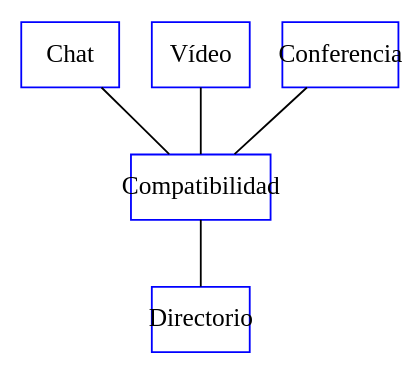
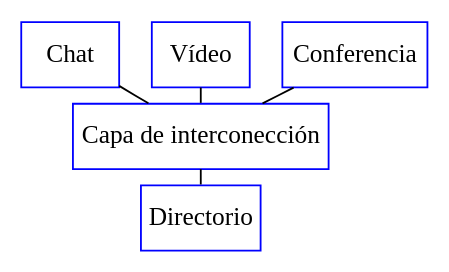
One commit to carlosremuzzi/social-tools changed the diagram in Arquitectura.gv. Above: the diagram before and after it, drawn with Graphviz. The commit also changed 4 other files, not shown here.

```diff
--- a/Arquitectura.gv
+++ b/Arquitectura.gv
@@ -1,16 +1,17 @@
 
 graph Arquitectura {
 rankdir=BT;
-node[shape=record,pad="0", overlap="true", sep="0,0",ranksep="0.1 equally" , nodesep="0", margin="0", color="blue", width=full, height=auto, fontname="Liberation Sans Narrow"];
+spline=curved;
+ranksep = "0.02 equally";
+node[shape=record, overlap="true", color="blue", width=full, height=auto, fontname="Liberation Sans Narrow"];
 graph[spline=curved];
-"Directorio" -- "Compatibilidad"
-"Compatibilidad" -- "Chat"
-"Compatibilidad" -- "Vídeo"
-"Compatibilidad" -- "Conferencia"
+"Directorio" -- "Capa de interconección"
+"Capa de interconección" -- "Chat"
+"Capa de interconección" -- "Vídeo"
+"Capa de interconección" -- "Conferencia"
 #"" -- ""
 #"" -- ""
 #"" -- ""
 #"" -- ""
-{ rank=same  }
 
 }
```
